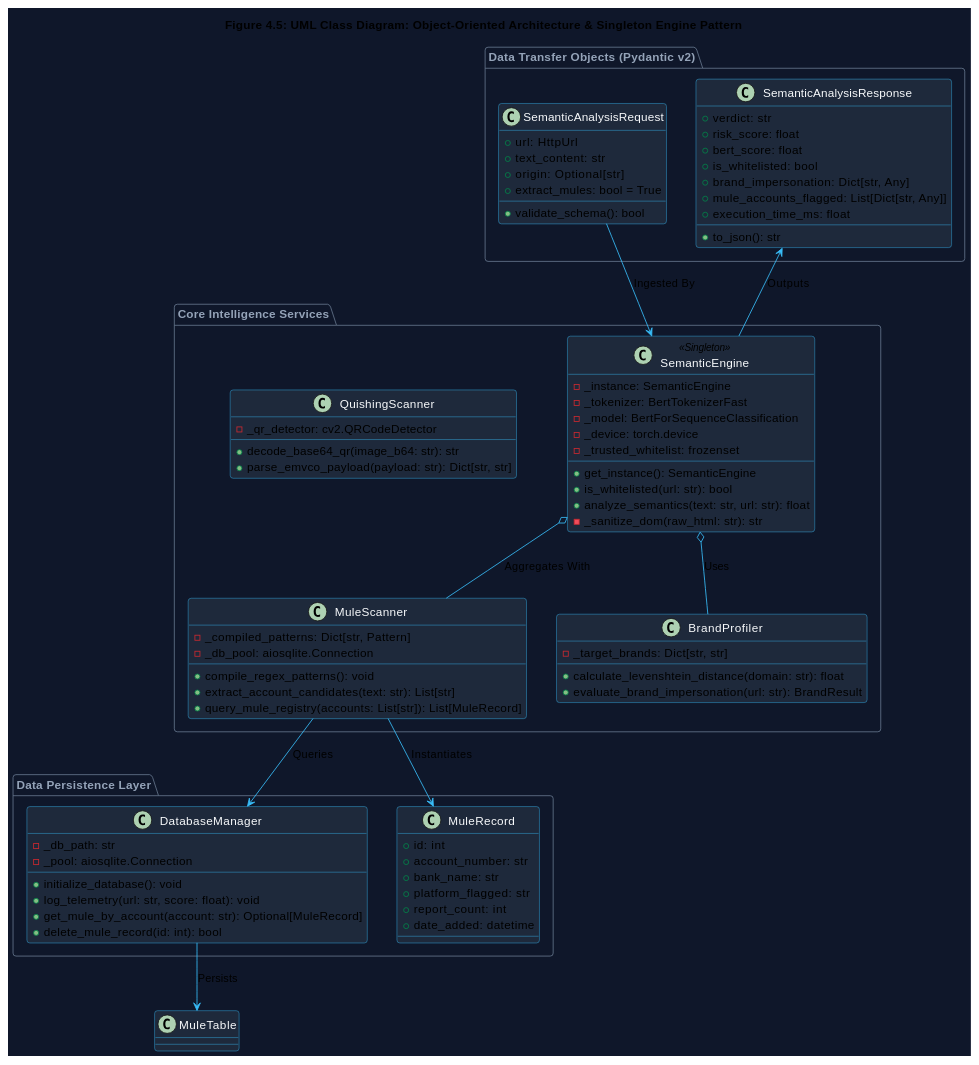
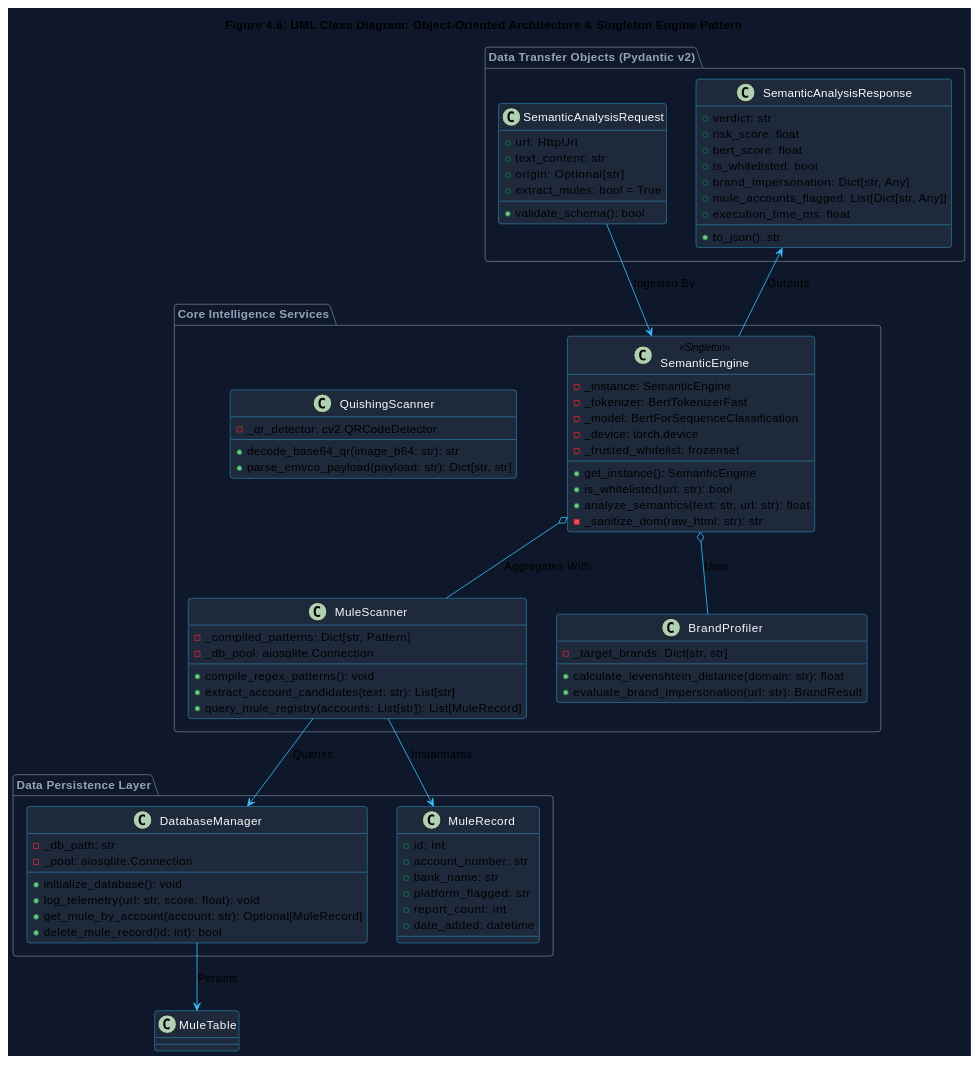
Before and after one commit to KunTheNoobie/PhishGuard-AI-Complete: the fifth of 7 diagrams in report/Chapter_4_System_Design.md, drawn with PlantUML. The commit also changed other lines of this file, not shown here.

```diff
--- a/report/Chapter_4_System_Design.md
+++ b/report/Chapter_4_System_Design.md
@@ -521,7 +599,7 @@
 skinparam PackageBorderColor #64748b
 skinparam PackageFontColor #94a3b8
 
-title Figure 4.5: UML Class Diagram: Object-Oriented Architecture & Singleton Engine Pattern
+title Figure 4.6: UML Class Diagram: Object-Oriented Architecture & Singleton Engine Pattern
 
 package "Data Transfer Objects (Pydantic v2)" {
     class SemanticAnalysisRequest {
```
